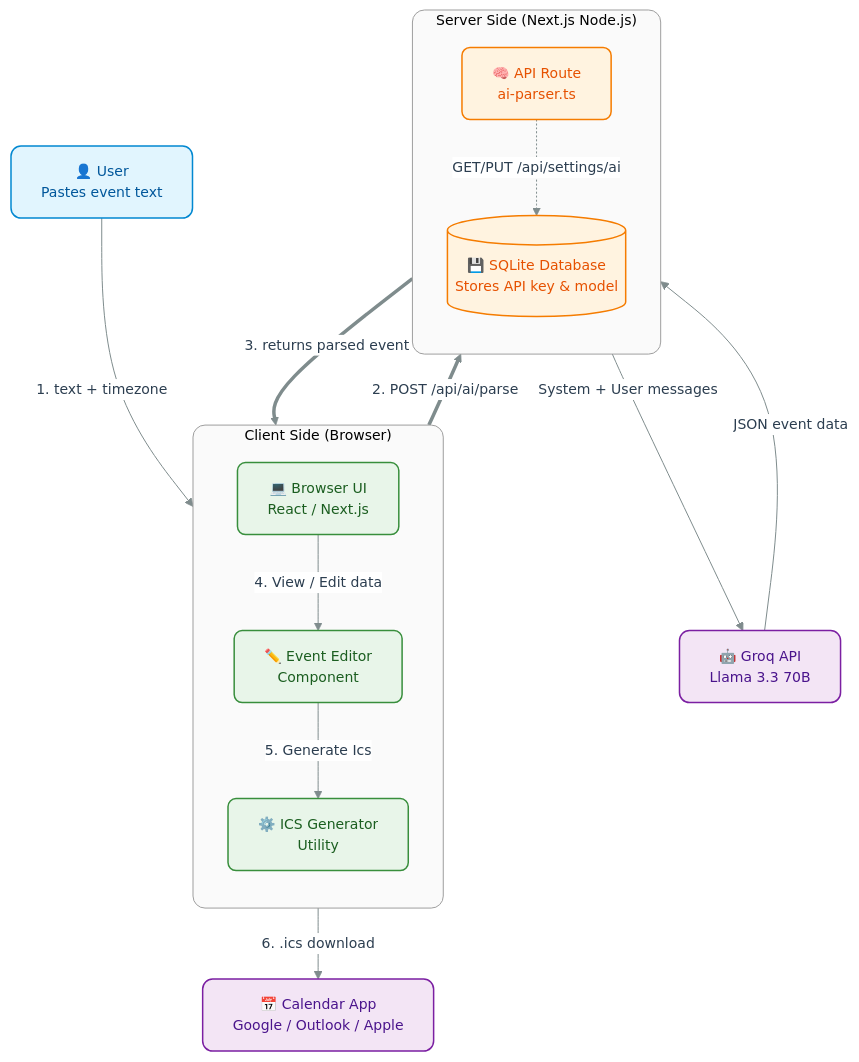
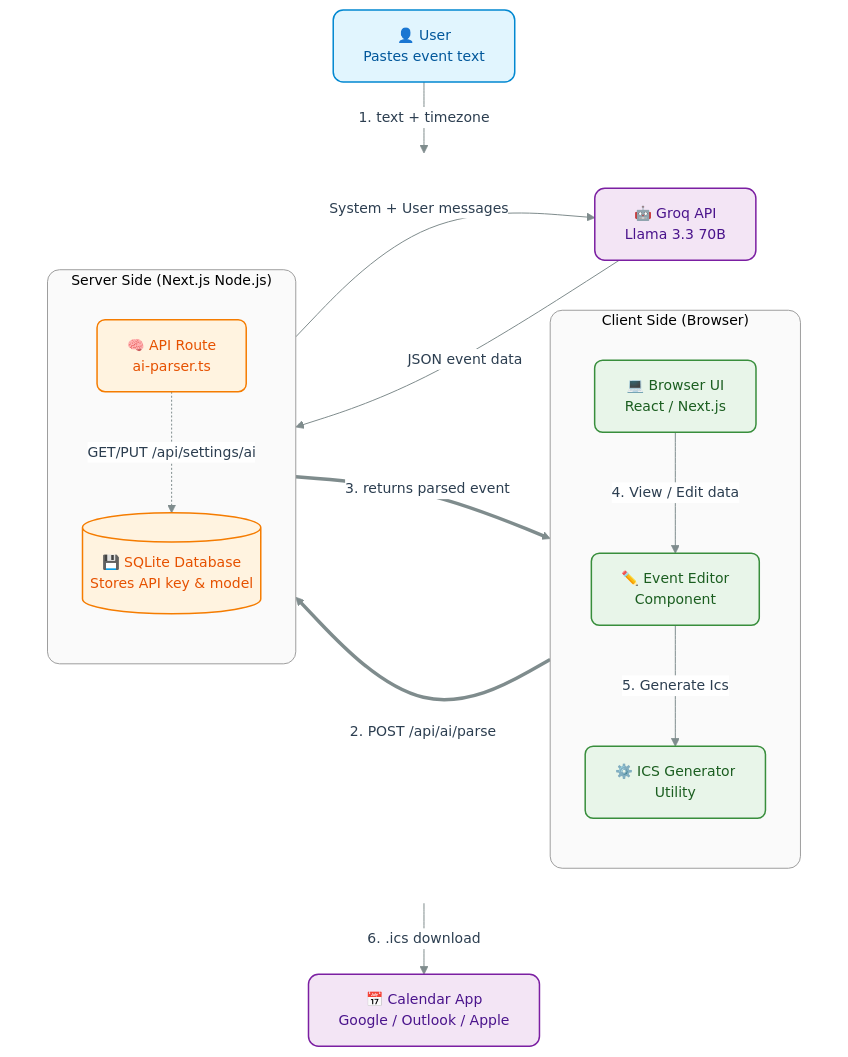
Before and after one commit to Rimas-Codes/event-to-ics: the diagram in README.md, drawn with Mermaid.

Commit message:
Update flowchart layout and styling in README
Refactor flowchart structure and styling in README.

````diff
--- a/README.md
+++ b/README.md
@@ -9,109 +9,66 @@
 ```mermaid
 
 %%{init: {'theme': 'base', 'themeVariables': { 'primaryColor': '#ffffff', 'primaryTextColor': '#2c3e50', 'primaryBorderColor': '#bdc3c7', 'lineColor': '#7f8c8d', 'fontSize': '14px', 'fontFamily': 'Helvetica Neue, Inter, Arial, sans-serif'}}}%%
-
 flowchart TD
-
     %% Styling Definitions for modern look (soft pastels and rounded corners)
-
     classDef user fill:#e1f5fe,stroke:#0288d1,stroke-width:1.5px,color:#01579b,rx:10,ry:10;
-
     classDef frontend fill:#e8f5e9,stroke:#388e3c,stroke-width:1.5px,color:#1b5e20,rx:8,ry:8;
-
     classDef backend fill:#fff3e0,stroke:#f57c00,stroke-width:1.5px,color:#e65100,rx:8,ry:8;
-
     classDef external fill:#f3e5f5,stroke:#7b1fa2,stroke-width:1.5px,color:#4a148c,rx:10,ry:10;
-
     
-
     %% Boundary Nodes Styling (for grouping and clarity)
-
     classDef boundary stroke:#9e9e9e,stroke-width:1px,fill:#fafafa,rx:12,ry:12;
 
-
-
-    %% Nodes Outside Boundaries
-
+    %% Top Node
     U["👤 User<br/>Pastes event text"]:::user
 
+    %% Invisible wrapper to enforce side-by-side layout
+    subgraph MiddleLayer [" "]
+        direction LR
+        
+        %% Client Side Group
+        subgraph Client ["Client Side (Browser)"]
+            direction TB
+            B["💻 Browser UI<br/>React / Next.js"]:::frontend
+            E["✏️ Event Editor<br/>Component"]:::frontend
+            I["⚙️ ICS Generator<br/>Utility"]:::frontend
+        end
+        
+        %% Server Side Group
+        subgraph Server ["Server Side (Next.js Node.js)"]
+            direction TB
+            A["🧠 API Route<br/>ai-parser.ts"]:::backend
+            DB[("💾 SQLite Database<br/>Stores API key & model")]:::backend
+        end
+        
+        %% External Services placed beside the server
+        G["🤖 Groq API<br/>Llama 3.3 70B"]:::external
+    end
+    %% Hide the wrapper's background and borders
+    style MiddleLayer fill:none,stroke:none;
+
+    %% Bottom Node
     C["📅 Calendar App<br/>Google / Outlook / Apple"]:::external
 
-
-
-    %% Client Side Group with Boundary
-
-    subgraph Client ["Client Side (Browser)"]
-
-        direction TB
-
-        B["💻 Browser UI<br/>React / Next.js"]:::frontend
-
-        E["✏️ Event Editor<br/>Component"]:::frontend
-
-        I["⚙️ ICS Generator<br/>Utility"]:::frontend
-
-    end
-
-    %% Apply boundary style to the subgraph itself
-
+    %% Apply boundary style to the subgraphs
     class Client boundary;
-
-
-
-    %% Server Side Group with Boundary
-
-    subgraph Server ["Server Side (Next.js Node.js)"]
-
-        direction TB
-
-        A["🧠 API Route<br/>ai-parser.ts"]:::backend
-
-        DB[("💾 SQLite Database<br/>Stores API key & model")]:::backend
-
-    end
-
-    %% Apply boundary style to the subgraph itself
-
     class Server boundary;
 
-
-
-    %% External Services
-
-    G["🤖 Groq API<br/>Llama 3.3 70B"]:::external
-
-
-
     %% Data Flow / Relationships (Interaction Links)
-
     U -->|1. text + timezone| B
-
     
-
     %% Split interactions for better arrow style application
-
     B ==>|2. POST /api/ai/parse| A
-
     A ==>|3. returns parsed event| B
-
     
-
     %% Internal Client Flow (Solid)
-
     B -->|4. View / Edit data| E
-
     E -->|5. Generate Ics| I
-
     I -->|6. .ics download| C
 
-
-
     %% Internal Server Flow (Thinner and dashed where appropriate)
-
     A -->|System + User messages| G
-
     G -->|JSON event data| A
-
     A -.->|GET/PUT /api/settings/ai| DB
 
 ```
````
